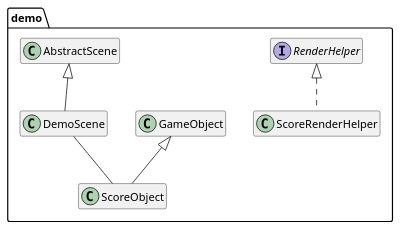
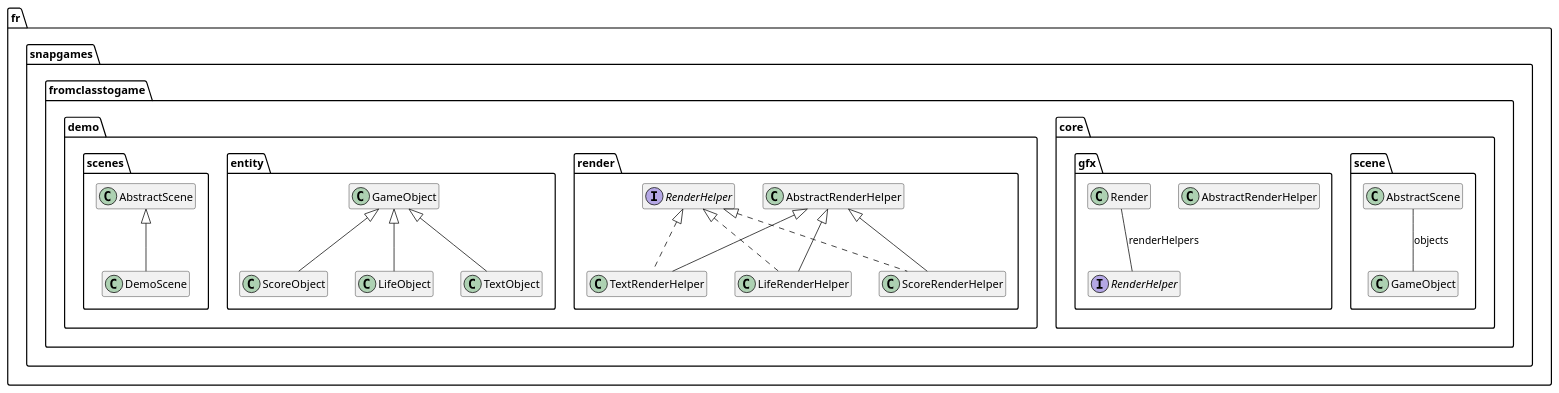
One commit to mcgivrer/fromClassToGame changed the second of 2 diagrams in docs/chapters/100-architecture.md. Above: the diagram before and after it, drawn with PlantUML. The commit also changed other lines of this file and 2 other files, not shown here.

Commit message:
bugfix(Inventory): Move inventory to demo package
- fixing architecture diagram, I moved `InventoryObject` and its render helper to the demo package.

````diff
--- a/docs/chapters/100-architecture.md
+++ b/docs/chapters/100-architecture.md
@@ -79,13 +77,33 @@
 ```plantuml
 @startuml "Demonstration"
 hide members
 hide methods
-
+package "fr.snapgames.fromclasstogame" {
+    package "core"{
+        package "scene"{
+            AbstractScene -- GameObject:objects
+        }
+        package "gfx" {
+            interface RenderHelper
+            class AbstractRenderHelper
+            Render -- RenderHelper:renderHelpers
+        }
+    } 
     package "demo" {
-        class ScoreRenderHelper implements RenderHelper
-        class ScoreObject extends GameObject
-        class DemoScene extends AbstractScene
-        DemoScene -- ScoreObject
+        package "render"{
+            class TextRenderHelper extends AbstractRenderHelper implements RenderHelper
+            class LifeRenderHelper extends AbstractRenderHelper implements RenderHelper
+            class ScoreRenderHelper extends AbstractRenderHelper implements RenderHelper 
+        }
+        package "entity" {
+            class ScoreObject extends GameObject
+            class LifeObject extends GameObject
+            class TextObject extends GameObject
+        }
+        package "scenes"{
+            class DemoScene extends AbstractScene
+        }
     }
+}
 @enduml
 ```
````
